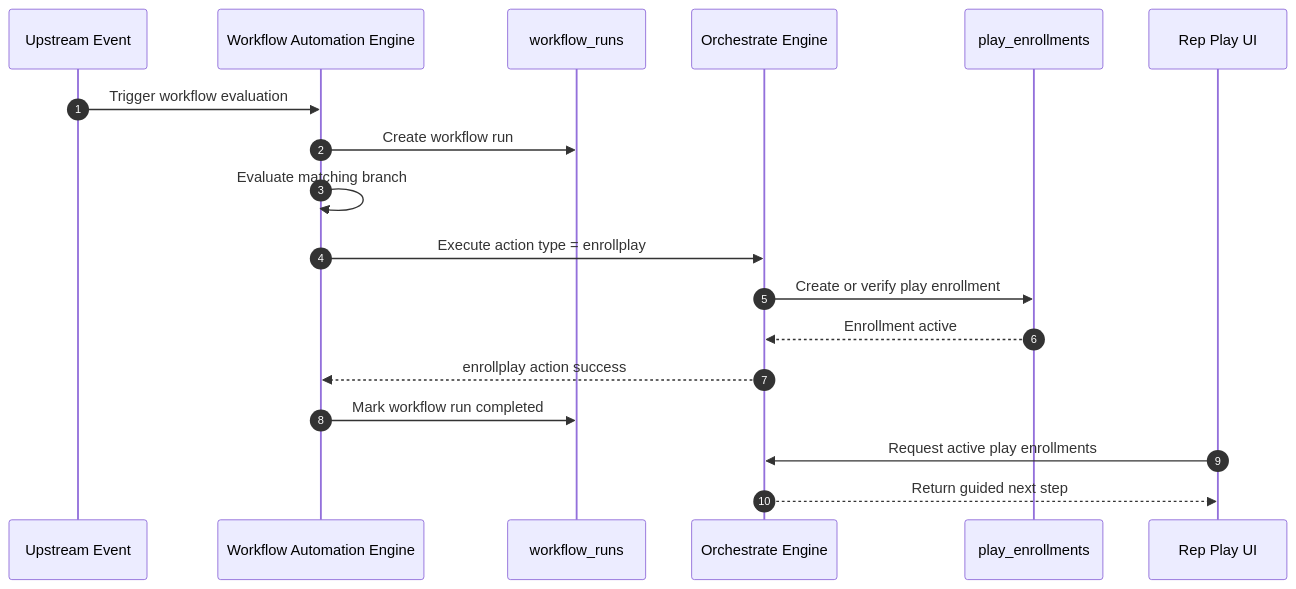
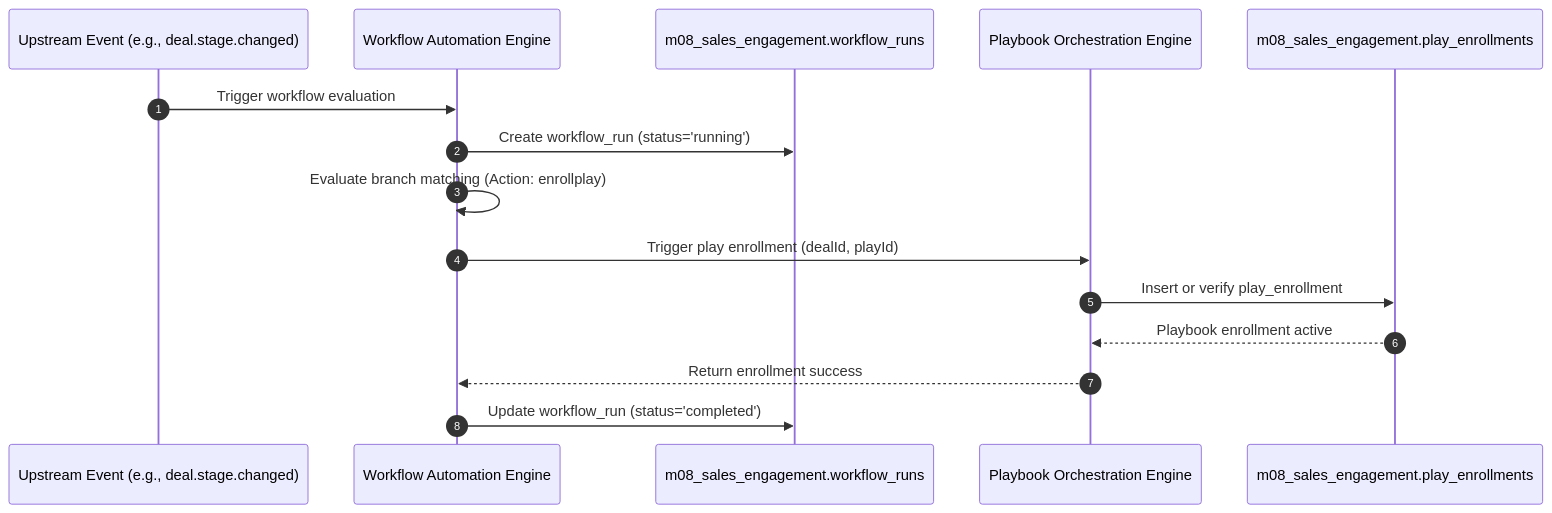
One commit to PoojaTiwari09/FB-and-RP-Fixes changed the fifth of 5 diagrams in Reference documents/M8 Sales Engagement/Sequence Diagrams M8 flows.md. Above: the diagram before and after it, drawn with Mermaid. The commit also changed other lines of this file and 79 other files, not shown here.

````diff
--- a/Reference documents/M8 Sales Engagement/Sequence Diagrams M8 flows.md
+++ b/Reference documents/M8 Sales Engagement/Sequence Diagrams M8 flows.md
@@ -199,21 +168,18 @@
 ```mermaid
 sequenceDiagram
     autonumber
-    participant EVT as Upstream Event
+    participant EVT as Upstream Event (e.g., deal.stage.changed)
     participant WF as Workflow Automation Engine
-    participant RUN as workflow_runs
-    participant ORCH as Orchestrate Engine
-    participant ENR as play_enrollments
-    participant UI as Rep Play UI
+    participant WR as m08_sales_engagement.workflow_runs
+    participant ORCH as Playbook Orchestration Engine
+    participant PE as m08_sales_engagement.play_enrollments
 
     EVT->>WF: Trigger workflow evaluation
-    WF->>RUN: Create workflow run
-    WF->>WF: Evaluate matching branch
-    WF->>ORCH: Execute action type = enrollplay
-    ORCH->>ENR: Create or verify play enrollment
-    ENR-->>ORCH: Enrollment active
-    ORCH-->>WF: enrollplay action success
-    WF->>RUN: Mark workflow run completed
-    UI->>ORCH: Request active play enrollments
-    ORCH-->>UI: Return guided next step
+    WF->>WR: Create workflow_run (status='running')
+    WF->>WF: Evaluate branch matching (Action: enrollplay)
+    WF->>ORCH: Trigger play enrollment (dealId, playId)
+    ORCH->>PE: Insert or verify play_enrollment
+    PE-->>ORCH: Playbook enrollment active
+    ORCH-->>WF: Return enrollment success
+    WF->>WR: Update workflow_run (status='completed')
 ```
````
